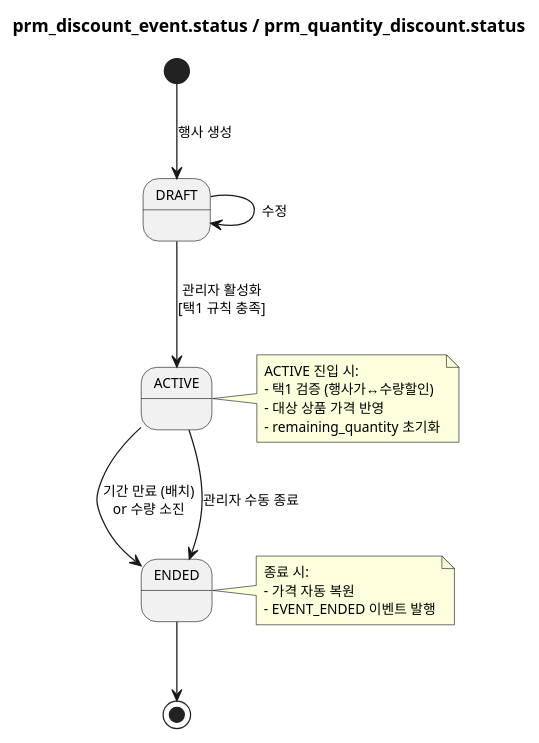
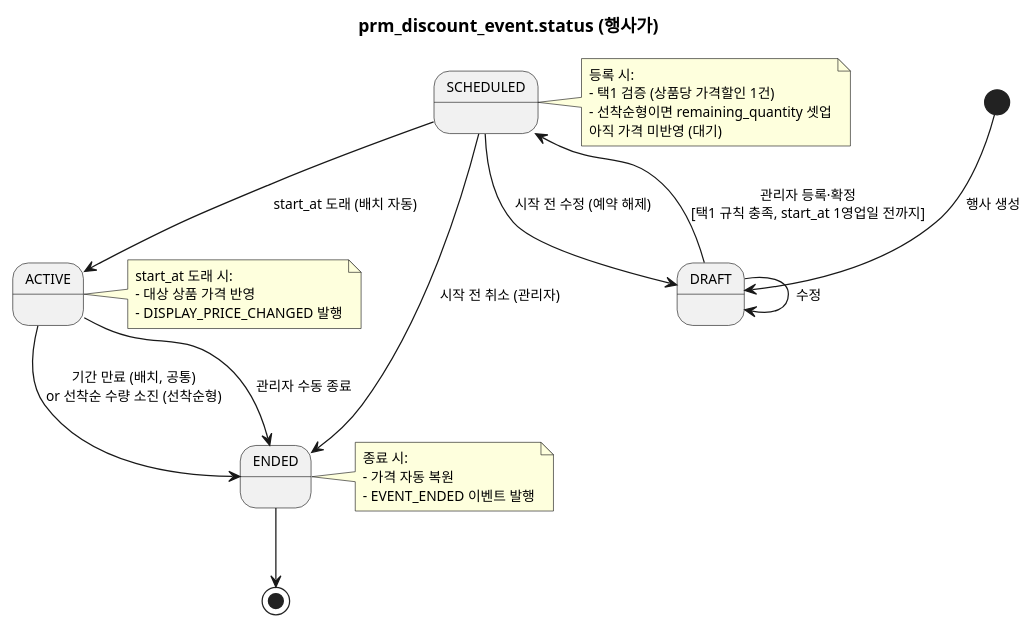
Before and after one commit to parknahyun/runNShop: the first of 4 diagrams in docs/자산화-단계별/S2-구조설계/DG-상태머신(Promotion).md, drawn with PlantUML. The commit also changed other lines of this file and 5 other files, not shown here.

````diff
--- a/docs/자산화-단계별/S2-구조설계/DG-상태머신(Promotion).md
+++ b/docs/자산화-단계별/S2-구조설계/DG-상태머신(Promotion).md
@@ -32,31 +37,41 @@
 ```plantuml
 @startuml
 skinparam backgroundColor transparent
 skinparam defaultFontSize 11
-title prm_discount_event.status / prm_quantity_discount.status
+title prm_discount_event.status (행사가)
 
 [*] --> DRAFT : 행사 생성
 
-DRAFT --> ACTIVE : 관리자 활성화\n[택1 규칙 충족]
+DRAFT --> SCHEDULED : 관리자 등록·확정\n[택1 규칙 충족, start_at 1영업일 전까지]
 DRAFT --> DRAFT : 수정
 
-ACTIVE --> ENDED : 기간 만료 (배치)\nor 수량 소진
+SCHEDULED --> ACTIVE : start_at 도래 (배치 자동)
+SCHEDULED --> DRAFT : 시작 전 수정 (예약 해제)
+SCHEDULED --> ENDED : 시작 전 취소 (관리자)
+
+ACTIVE --> ENDED : 기간 만료 (배치, 공통)\nor 선착순 수량 소진 (선착순형)
 ACTIVE --> ENDED : 관리자 수동 종료
 
 ENDED --> [*]
 
+note right of SCHEDULED
+  등록 시:
+  - 택1 검증 (상품당 가격할인 1건)
+  - 선착순형이면 remaining_quantity 셋업
+  아직 가격 미반영 (대기)
+end note
+
 note right of ACTIVE
-  ACTIVE 진입 시:
-  - 택1 검증 (행사가↔수량할인)
+  start_at 도래 시:
   - 대상 상품 가격 반영
-  - remaining_quantity 초기화
+  - DISPLAY_PRICE_CHANGED 발행
 end note
 
 note right of ENDED
   종료 시:
   - 가격 자동 복원
   - EVENT_ENDED 이벤트 발행
 end note
 
 @enduml
 ```
````
